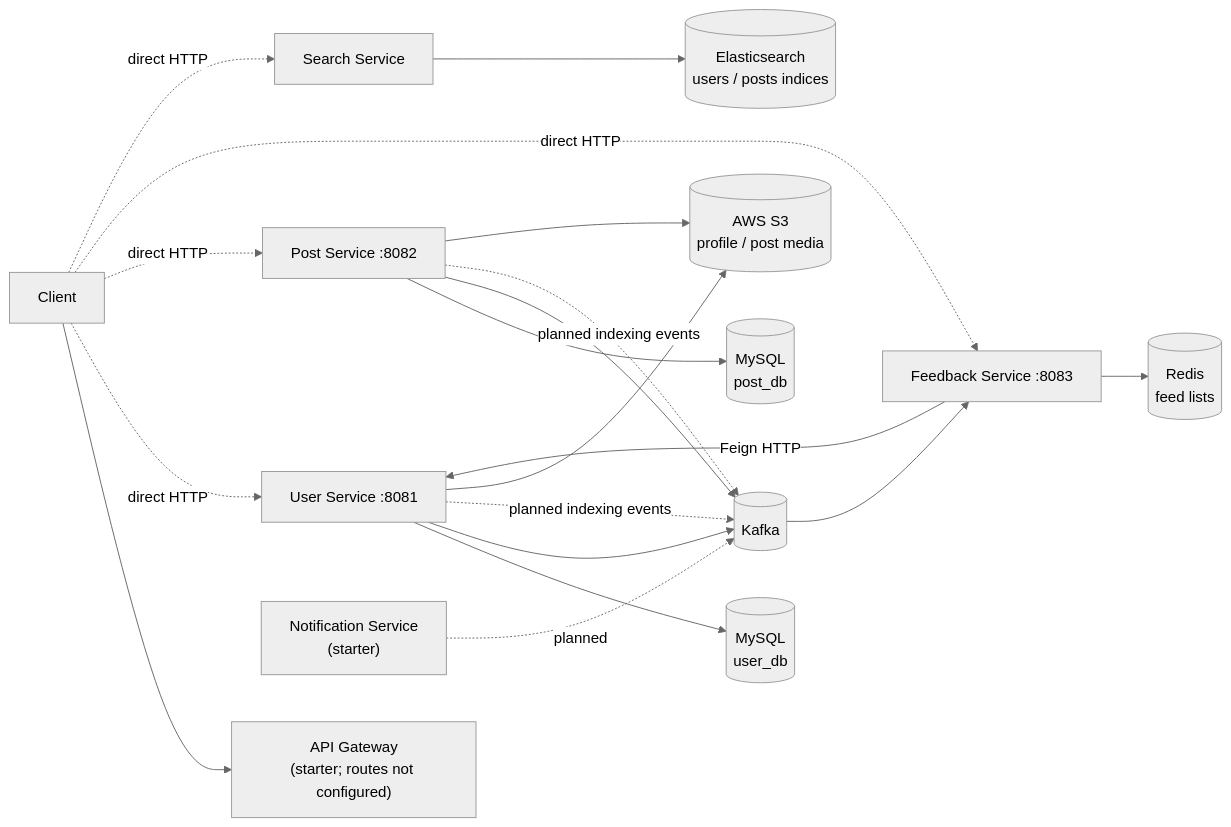
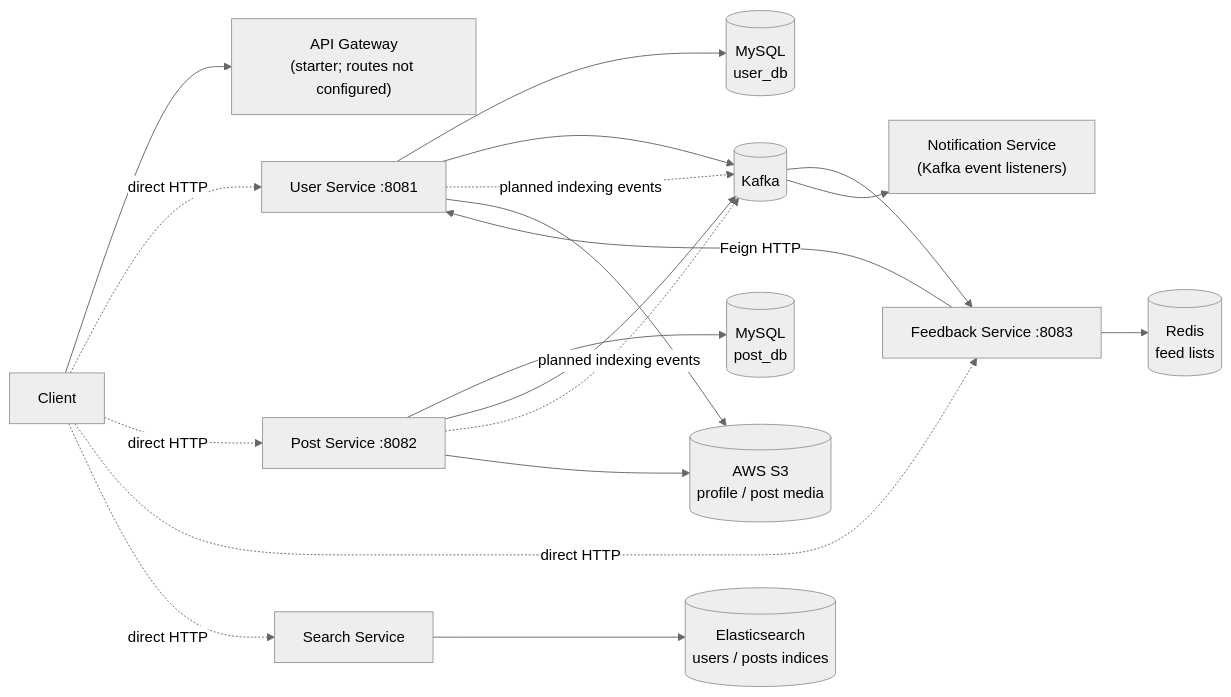
Before and after one commit to nimashaklaa/linkedin-system-demo: the diagram in README.md, drawn with Mermaid (neutral theme). The commit also changed other lines of this file, not shown here.

Commit message:
docs: Update README with notification service Kafka listeners

````diff
--- a/README.md
+++ b/README.md
@@ -21,22 +21,22 @@
 ```mermaid
 flowchart LR
     Client --> Gateway["API Gateway<br/>(starter; routes not configured)"]
     Client -. direct HTTP .-> User["User Service :8081"]
     Client -. direct HTTP .-> Post["Post Service :8082"]
     Client -. direct HTTP .-> Feed["Feedback Service :8083"]
     Client -. direct HTTP .-> Search["Search Service"]
 
     User --> UserDB[("MySQL<br/>user_db")]
     Post --> PostDB[("MySQL<br/>post_db")]
     User --> Kafka[("Kafka")]
     Post --> Kafka
     Kafka --> Feed
     Feed -->|Feign HTTP| User
     Feed --> Redis[("Redis<br/>feed lists")]
     Search --> ES[("Elasticsearch<br/>users / posts indices")]
     User -. planned indexing events .-> Kafka
     Post -. planned indexing events .-> Kafka
-    Notification["Notification Service<br/>(starter)"] -. planned .-> Kafka
+    Kafka --> Notification["Notification Service<br/>(Kafka event listeners)"]
     User --> S3[("AWS S3<br/>profile / post media")]
     Post --> S3
 ```
````
